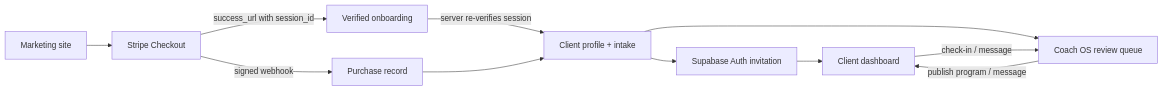
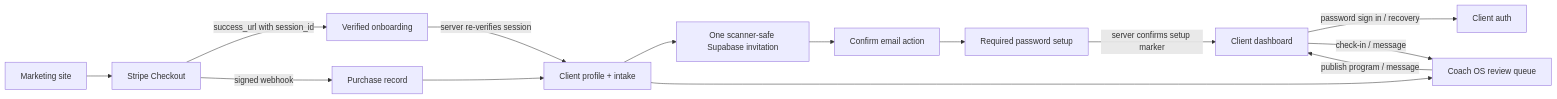
The diagram in docs/architecture.md (jonmurr96/coach-murray-site), drawn with Mermaid before and after one commit. The commit also changed other lines of this file and 48 other files, not shown here.

````diff
--- a/docs/architecture.md
+++ b/docs/architecture.md
@@ -5,13 +5,16 @@
 ```mermaid
 flowchart LR
   A["Marketing site"] --> B["Stripe Checkout"]
   B -->|"success_url with session_id"| C["Verified onboarding"]
   B -->|"signed webhook"| D["Purchase record"]
   C -->|"server re-verifies session"| E["Client profile + intake"]
   D --> E
-  E --> F["Supabase Auth invitation"]
-  F --> G["Client dashboard"]
+  E --> F["One scanner-safe Supabase invitation"]
+  F --> I["Confirm email action"]
+  I --> J["Required password setup"]
+  J -->|"server confirms setup marker"| G["Client dashboard"]
+  G -->|"password sign in / recovery"| K["Client auth"]
   E --> H["Coach OS review queue"]
   H -->|"publish program / message"| G
   G -->|"check-in / message"| H
 ```
````
